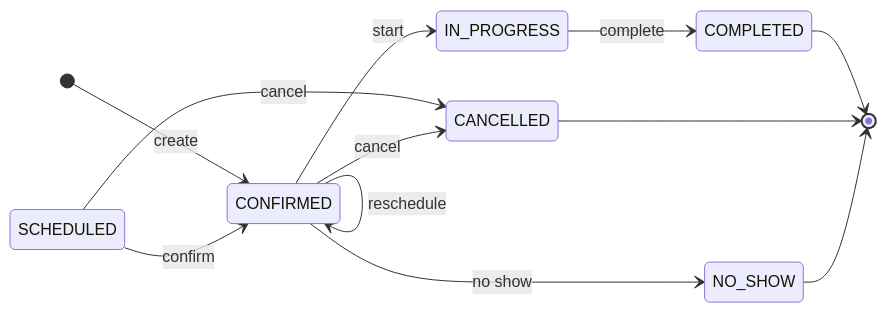
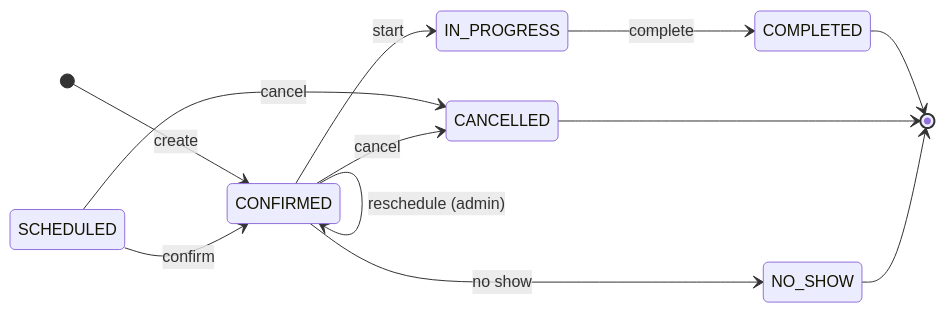
Before and after one commit to code-sena/vehicle-w-docs: the diagram in 08-uml/diagrams/source/state-booking.md, drawn with Mermaid. The commit also changed other lines of this file and 20 other files, not shown here.

First line of the commit message:
docs(uml): align the diagrams with the code and keep them free of crossing lines

````diff
--- a/08-uml/diagrams/source/state-booking.md
+++ b/08-uml/diagrams/source/state-booking.md
@@ -6,15 +6,15 @@
 ```mermaid
 stateDiagram-v2
     direction LR
     [*] --> CONFIRMED : create
     SCHEDULED --> CONFIRMED : confirm
     SCHEDULED --> CANCELLED : cancel
-    CONFIRMED --> CONFIRMED : reschedule
+    CONFIRMED --> CONFIRMED : reschedule (admin)
     CONFIRMED --> IN_PROGRESS : start
     CONFIRMED --> CANCELLED : cancel
     CONFIRMED --> NO_SHOW : no show
     IN_PROGRESS --> COMPLETED : complete
     COMPLETED --> [*]
     CANCELLED --> [*]
     NO_SHOW --> [*]
 ```
````
